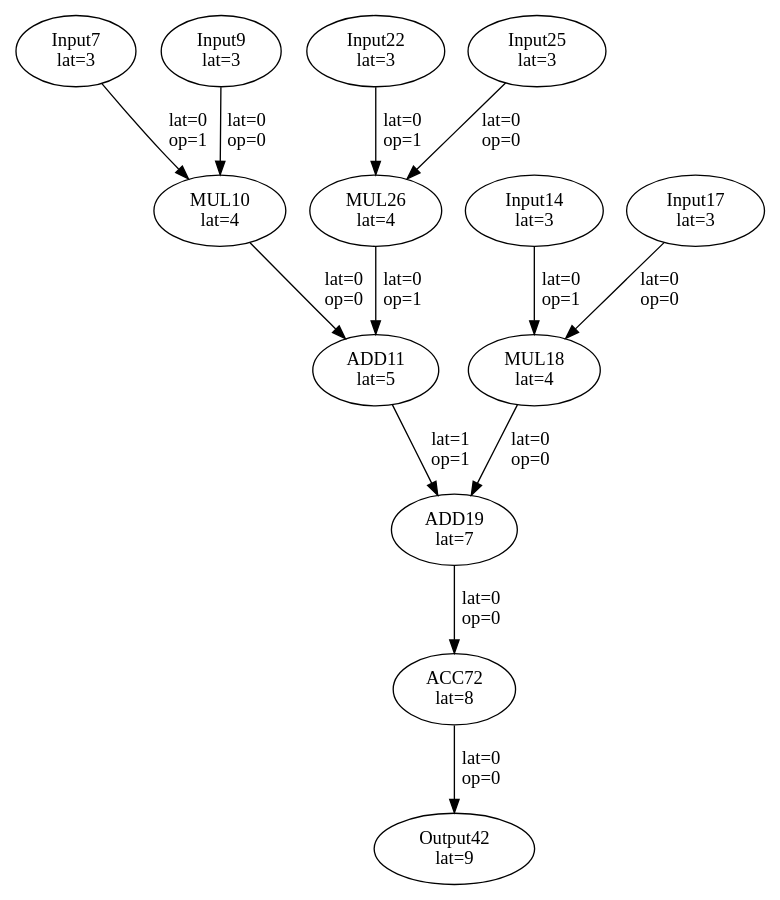
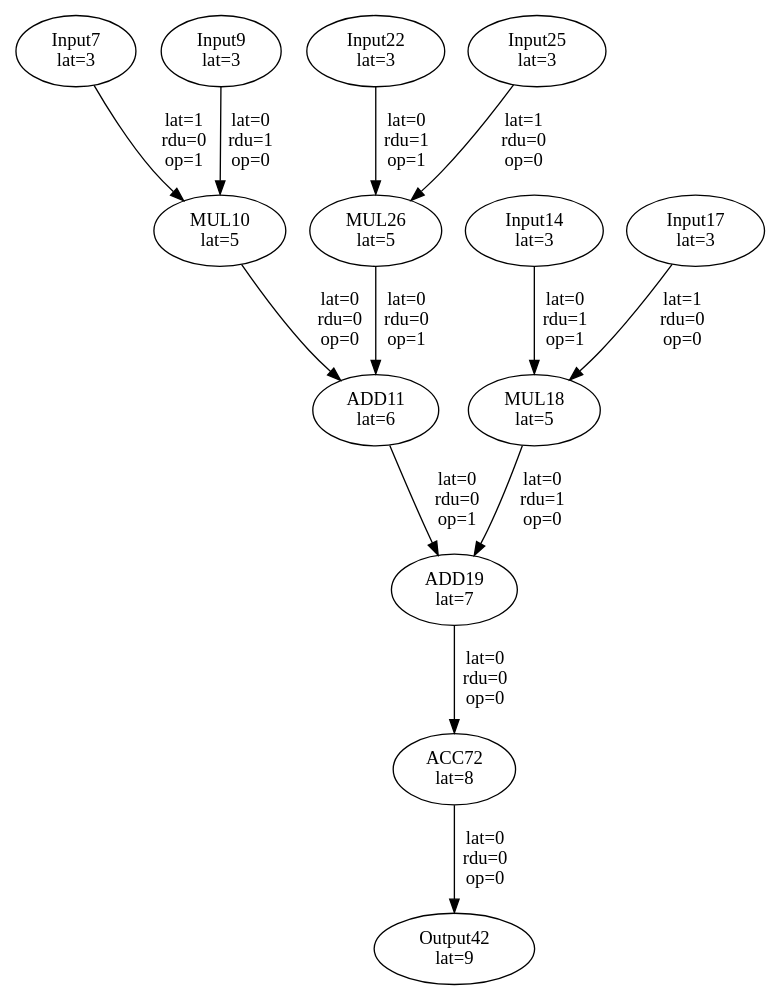
The diagram in benchmarks/test4/stencil2d/mapped_dfg.dot (yhqiu16/FDRA), drawn with Graphviz before and after one commit. The commit also changed 253 other files, not shown here.

```diff
--- a/benchmarks/test4/stencil2d/mapped_dfg.dot
+++ b/benchmarks/test4/stencil2d/mapped_dfg.dot
@@ -1,27 +1,27 @@
 Digraph G {
 "Input7"[label = "\N\nlat=3"];
 "Input9"[label = "\N\nlat=3"];
-"MUL10"[label = "\N\nlat=4"];
-"Input9"->"MUL10"[label = "lat=0\nop=0"];
-"Input7"->"MUL10"[label = "lat=0\nop=1"];
-"ADD11"[label = "\N\nlat=5"];
-"MUL10"->"ADD11"[label = "lat=0\nop=0"];
-"MUL26"->"ADD11"[label = "lat=0\nop=1"];
+"MUL10"[label = "\N\nlat=5"];
+"Input9"->"MUL10"[label = "lat=0\nrdu=1\nop=0"];
+"Input7"->"MUL10"[label = "lat=1\nrdu=0\nop=1"];
+"ADD11"[label = "\N\nlat=6"];
+"MUL10"->"ADD11"[label = "lat=0\nrdu=0\nop=0"];
+"MUL26"->"ADD11"[label = "lat=0\nrdu=0\nop=1"];
 "Input14"[label = "\N\nlat=3"];
 "Input17"[label = "\N\nlat=3"];
-"MUL18"[label = "\N\nlat=4"];
-"Input17"->"MUL18"[label = "lat=0\nop=0"];
-"Input14"->"MUL18"[label = "lat=0\nop=1"];
+"MUL18"[label = "\N\nlat=5"];
+"Input17"->"MUL18"[label = "lat=1\nrdu=0\nop=0"];
+"Input14"->"MUL18"[label = "lat=0\nrdu=1\nop=1"];
 "ADD19"[label = "\N\nlat=7"];
-"MUL18"->"ADD19"[label = "lat=0\nop=0"];
-"ADD11"->"ADD19"[label = "lat=1\nop=1"];
+"MUL18"->"ADD19"[label = "lat=0\nrdu=1\nop=0"];
+"ADD11"->"ADD19"[label = "lat=0\nrdu=0\nop=1"];
 "Input22"[label = "\N\nlat=3"];
 "Input25"[label = "\N\nlat=3"];
-"MUL26"[label = "\N\nlat=4"];
-"Input25"->"MUL26"[label = "lat=0\nop=0"];
-"Input22"->"MUL26"[label = "lat=0\nop=1"];
+"MUL26"[label = "\N\nlat=5"];
+"Input25"->"MUL26"[label = "lat=1\nrdu=0\nop=0"];
+"Input22"->"MUL26"[label = "lat=0\nrdu=1\nop=1"];
 "Output42"[label = "\N\nlat=9"];
-"ACC72"->"Output42"[label = "lat=0\nop=0"];
+"ACC72"->"Output42"[label = "lat=0\nrdu=0\nop=0"];
 "ACC72"[label = "\N\nlat=8"];
-"ADD19"->"ACC72"[label = "lat=0\nop=0"];
+"ADD19"->"ACC72"[label = "lat=0\nrdu=0\nop=0"];
 }
```
